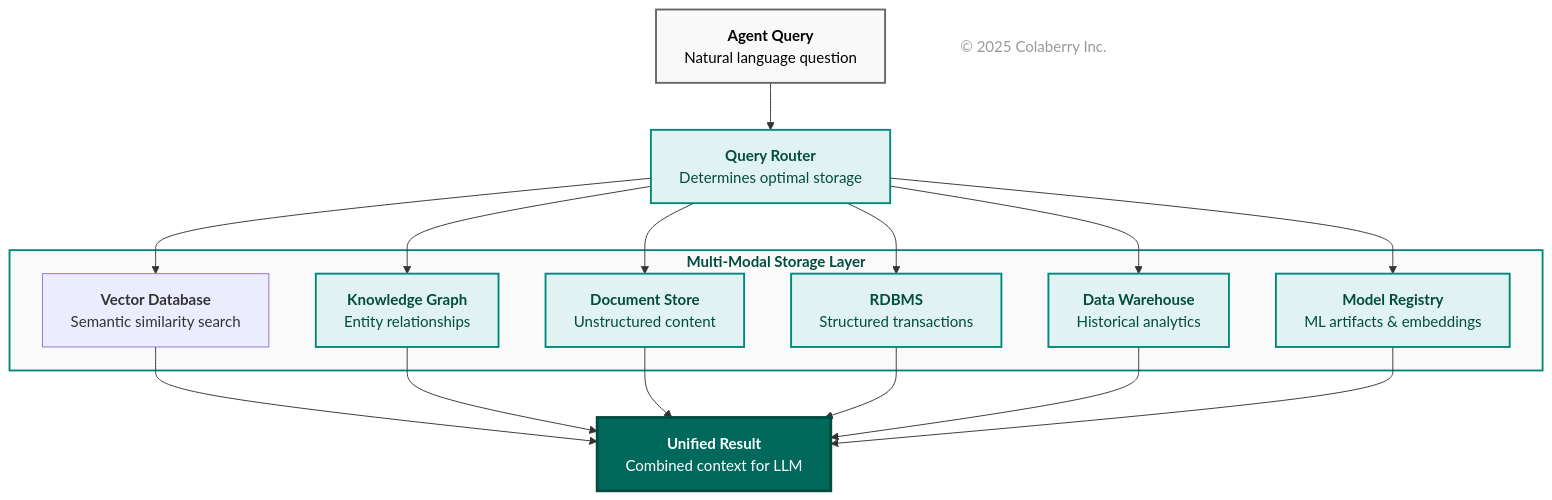
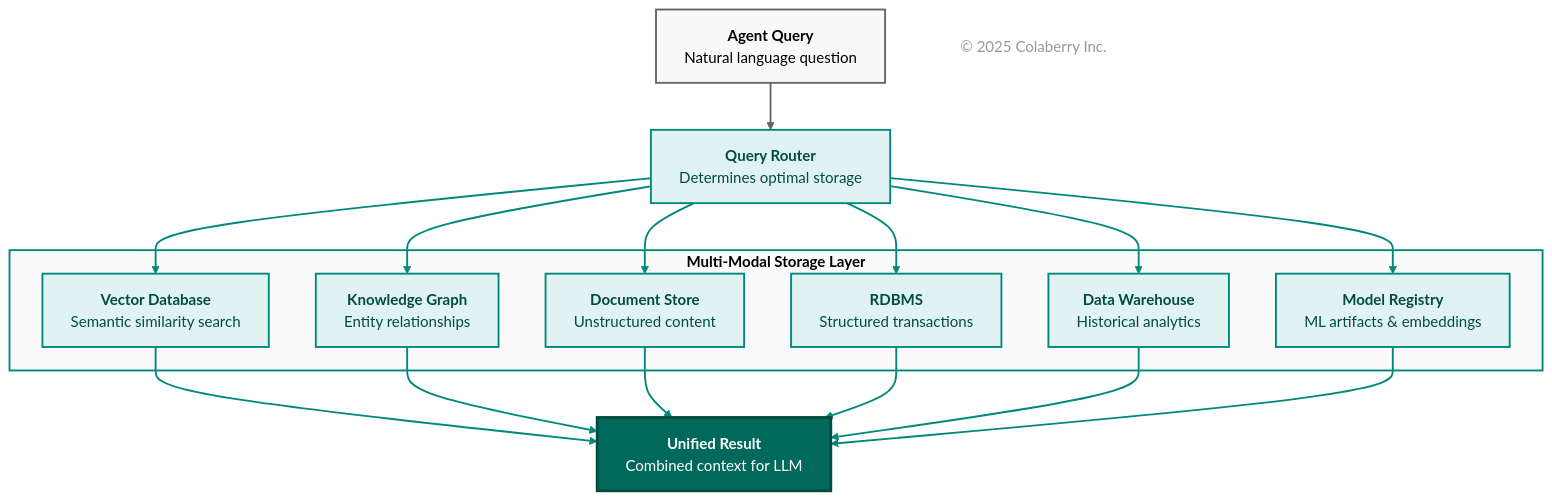
Before and after one commit to colaberry/enterprise-data-readiness-ai-agents: the fourth of 16 diagrams in chapter-01/chapter_1_complete.md, drawn with Mermaid. The commit also changed other lines of this file, not shown here.

````diff
--- a/chapter-01/chapter_1_complete.md
+++ b/chapter-01/chapter_1_complete.md
@@ -512,47 +528,63 @@
 ```mermaid
 graph TB
     Q["<b>Agent Query</b><br/>Natural language question"]
     
     R["<b>Query Router</b><br/>Determines optimal storage"]
     
     subgraph storage["<b>Multi-Modal Storage Layer</b>"]
         V["<b>Vector Database</b><br/>Semantic similarity search"]
         K["<b>Knowledge Graph</b><br/>Entity relationships"]
         D["<b>Document Store</b><br/>Unstructured content"]
         S["<b>RDBMS</b><br/>Structured transactions"]
         W["<b>Data Warehouse</b><br/>Historical analytics"]
         M["<b>Model Registry</b><br/>ML artifacts & embeddings"]
     end
     
     U["<b>Unified Result</b><br/>Combined context for LLM"]
     
     Q --> R
     R --> V
     R --> K
     R --> D
     R --> S
     R --> W
     R --> M
     
     V --> U
     K --> U
     D --> U
     S --> U
     W --> U
     M --> U
     
+    %% Link styling
+    linkStyle 0 stroke:#666666,stroke-width:2px
+    linkStyle 1 stroke:#00897b,stroke-width:2px
+    linkStyle 2 stroke:#00897b,stroke-width:2px
+    linkStyle 3 stroke:#00897b,stroke-width:2px
+    linkStyle 4 stroke:#00897b,stroke-width:2px
+    linkStyle 5 stroke:#00897b,stroke-width:2px
+    linkStyle 6 stroke:#00897b,stroke-width:2px
+    linkStyle 7 stroke:#00897b,stroke-width:2px
+    linkStyle 8 stroke:#00897b,stroke-width:2px
+    linkStyle 9 stroke:#00897b,stroke-width:2px
+    linkStyle 10 stroke:#00897b,stroke-width:2px
+    linkStyle 11 stroke:#00897b,stroke-width:2px
+    linkStyle 12 stroke:#00897b,stroke-width:2px
+    
     style Q fill:#f9f9f9,stroke:#666666,stroke-width:2px,color:#000000
     style R fill:#e0f2f1,stroke:#00897b,stroke-width:2px,color:#004d40
-    style storage fill:#fafafa,stroke:#00897b,stroke-width:2px,color:#000000    style V fill:#e0f2f1,stroke:#00897b,stroke-width:2px,color:#004d40
+    style storage fill:#fafafa,stroke:#00897b,stroke-width:2px,color:#000000
+    style V fill:#e0f2f1,stroke:#00897b,stroke-width:2px,color:#004d40
     style K fill:#e0f2f1,stroke:#00897b,stroke-width:2px,color:#004d40
     style D fill:#e0f2f1,stroke:#00897b,stroke-width:2px,color:#004d40
     style S fill:#e0f2f1,stroke:#00897b,stroke-width:2px,color:#004d40
     style W fill:#e0f2f1,stroke:#00897b,stroke-width:2px,color:#004d40
     style M fill:#e0f2f1,stroke:#00897b,stroke-width:2px,color:#004d40
 
     %% Copyright Notice
     CR["© 2025 Colaberry Inc."]
 
     style U fill:#00695c,color:#ffffff,stroke:#004d40,stroke-width:3px
     style CR fill:none,stroke:none,color:#999999
 ```
````
